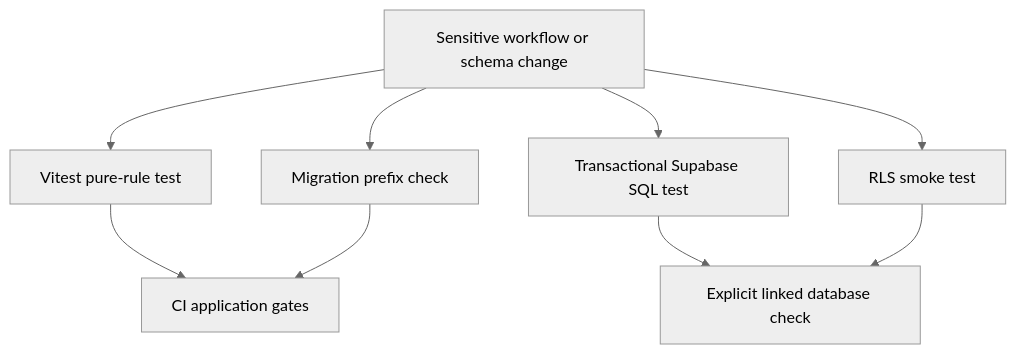
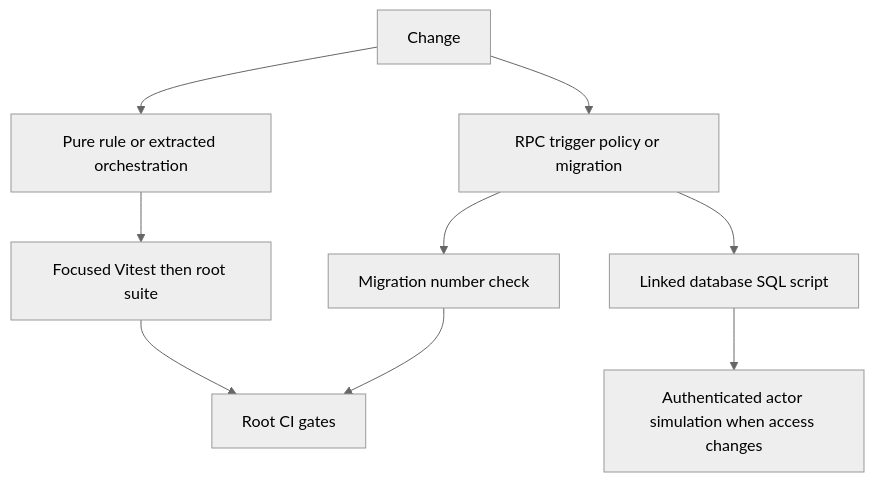
The diagram in openwiki/testing/verification-strategy.md (Schneider-Gr/industria24hIA), drawn with Mermaid (neutral theme) before and after one commit. The commit also changed other lines of this file and 34 other files, not shown here.

````diff
--- a/openwiki/testing/verification-strategy.md
+++ b/openwiki/testing/verification-strategy.md
@@ -73,11 +89,11 @@
 ```mermaid
 flowchart TD
-  Change["Sensitive workflow or schema change"] --> Unit["Vitest pure-rule test"]
-  Change --> SQL["Transactional Supabase SQL test"]
-  Change --> Smoke["RLS smoke test"]
-  Unit --> CI["CI application gates"]
-  SQL --> Linked["Explicit linked database check"]
-  Smoke --> Linked
-  Change --> Migration["Migration prefix check"]
-  Migration --> CI
+  Change["Change"] --> Rule["Pure rule or extracted orchestration"]
+  Change --> Database["RPC trigger policy or migration"]
+  Rule --> Vitest["Focused Vitest then root suite"]
+  Database --> Prefix["Migration number check"]
+  Database --> SQL["Linked database SQL script"]
+  SQL --> RLS["Authenticated actor simulation when access changes"]
+  Vitest --> CI["Root CI gates"]
+  Prefix --> CI
 ```
````
